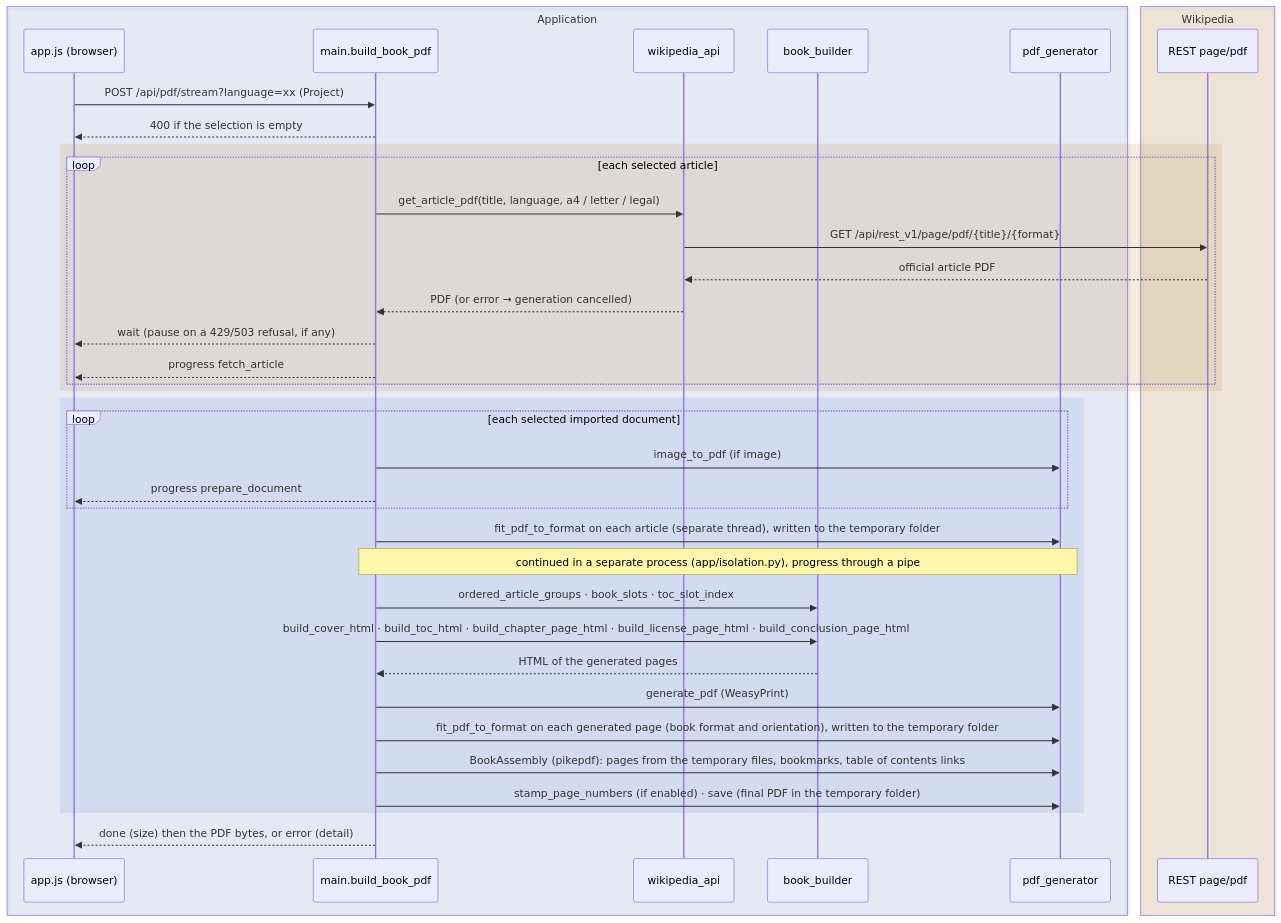
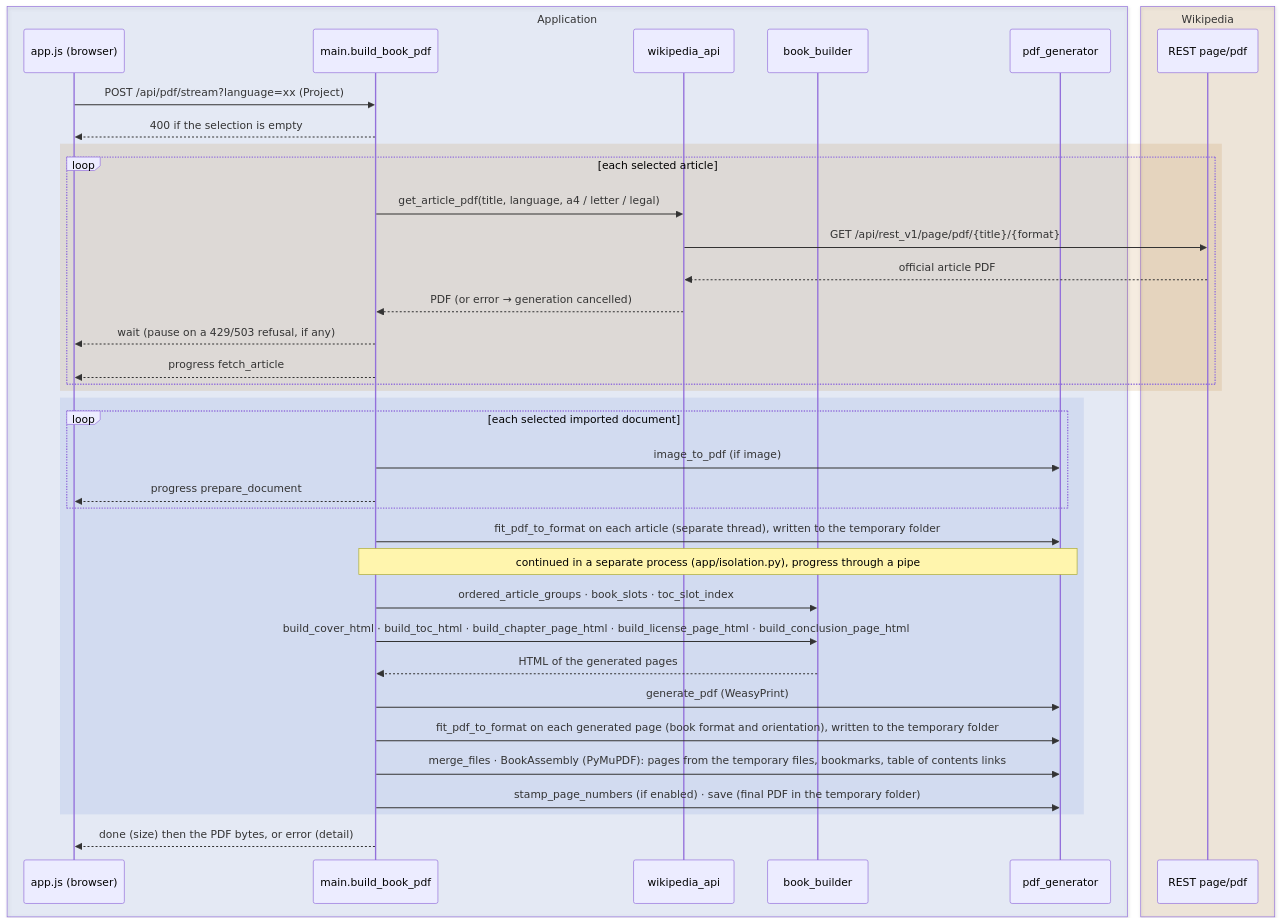
One commit to gmoulard/wikipedia2book changed the second of 2 diagrams in docs/SPECIFICATIONS.en.md. Above: the diagram before and after it, drawn with Mermaid. The commit also changed other lines of this file and 12 other files, not shown here.

````diff
--- a/docs/SPECIFICATIONS.en.md
+++ b/docs/SPECIFICATIONS.en.md
@@ -961,42 +963,42 @@
 ```mermaid
 sequenceDiagram
     box rgba(51,102,204,0.10) Application
         participant U as app.js (browser)
         participant M as main.build_book_pdf
         participant W as wikipedia_api
         participant B as book_builder
         participant P as pdf_generator
     end
     box rgba(172,102,0,0.12) Wikipedia
         participant R as REST page/pdf
     end
 
     U->>M: POST /api/pdf/stream?language=xx (Project)
     M-->>U: 400 if the selection is empty
     rect rgba(172,102,0,0.12)
         loop each selected article
             M->>W: get_article_pdf(title, language, a4 / letter / legal)
             W->>R: GET /api/rest_v1/page/pdf/{title}/{format}
             R-->>W: official article PDF
             W-->>M: PDF (or error → generation cancelled)
             M-->>U: wait (pause on a 429/503 refusal, if any)
             M-->>U: progress fetch_article
         end
     end
     rect rgba(51,102,204,0.10)
         loop each selected imported document
             M->>P: image_to_pdf (if image)
             M-->>U: progress prepare_document
         end
         M->>P: fit_pdf_to_format on each article (separate thread), written to the temporary folder
         Note over M,P: continued in a separate process (app/isolation.py), progress through a pipe
         M->>B: ordered_article_groups · book_slots · toc_slot_index
         M->>B: build_cover_html · build_toc_html · build_chapter_page_html · build_license_page_html · build_conclusion_page_html
         B-->>M: HTML of the generated pages
         M->>P: generate_pdf (WeasyPrint)
         M->>P: fit_pdf_to_format on each generated page (book format and orientation), written to the temporary folder
-        M->>P: BookAssembly (pikepdf): pages from the temporary files, bookmarks, table of contents links
+        M->>P: merge_files · BookAssembly (PyMuPDF): pages from the temporary files, bookmarks, table of contents links
         M->>P: stamp_page_numbers (if enabled) · save (final PDF in the temporary folder)
     end
     M-->>U: done (size) then the PDF bytes, or error (detail)
 ```
````
